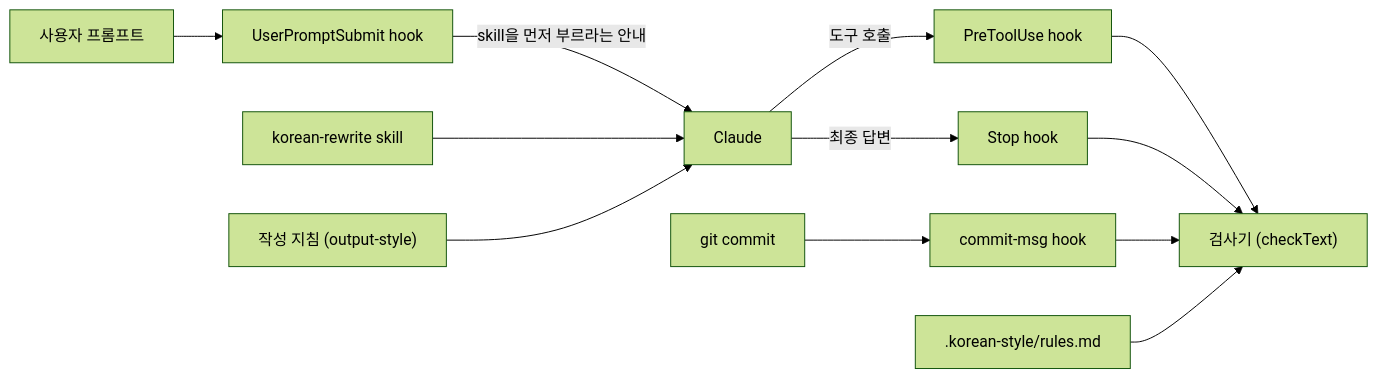
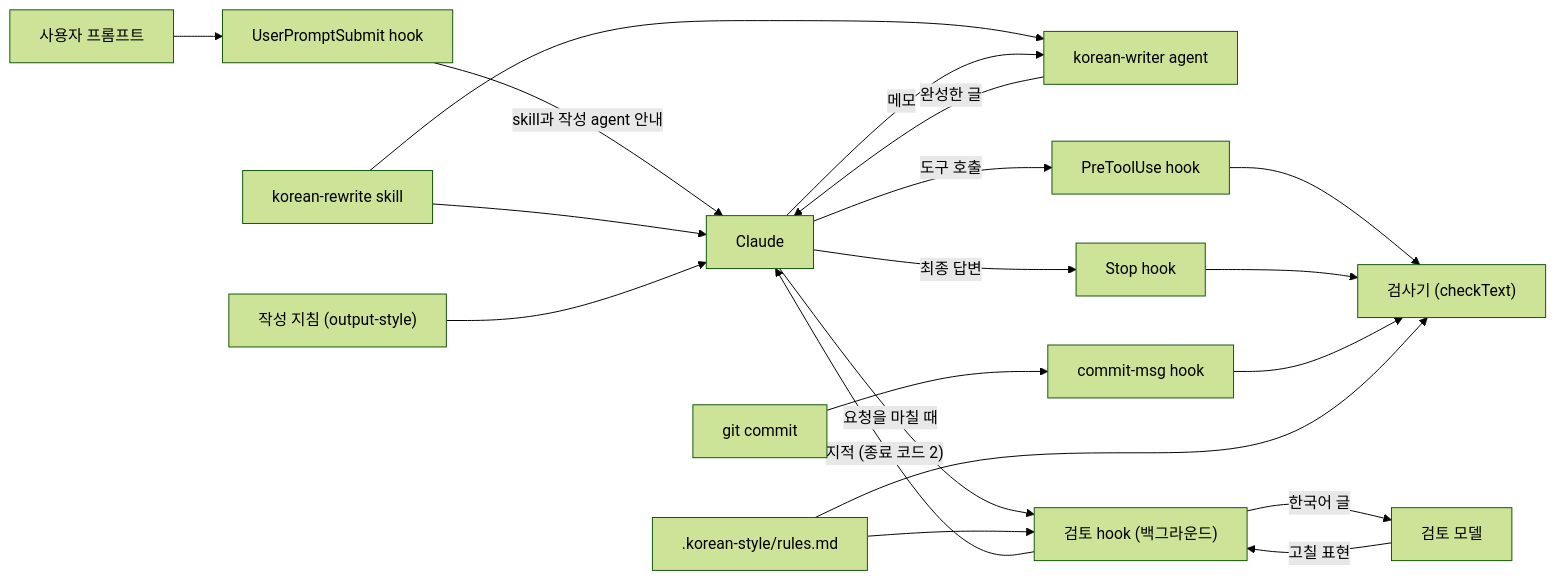
The diagram in docs/how-it-works.md (nerdkim/im-a-korean-ai-in-seoul), drawn with Mermaid (forest theme) before and after one commit. The commit also changed other lines of this file and 27 other files, not shown here.

````diff
--- a/docs/how-it-works.md
+++ b/docs/how-it-works.md
@@ -8,14 +8,22 @@
 ```mermaid
 flowchart LR
   prompt["사용자 프롬프트"] --> ups["UserPromptSubmit hook"]
-  ups -- "skill을 먼저 부르라는 안내" --> claude["Claude"]
+  ups -- "skill과 작성 agent 안내" --> claude["Claude"]
   skill["korean-rewrite skill"] --> claude
   guide["작성 지침 (output-style)"] --> claude
+  skill --> writer["korean-writer agent"]
+  claude -- "메모" --> writer
+  writer -- "완성한 글" --> claude
   claude -- "도구 호출" --> pre["PreToolUse hook"]
   claude -- "최종 답변" --> stop["Stop hook"]
   commit["git commit"] --> msg["commit-msg hook"]
   pre --> engine["검사기 (checkText)"]
   stop --> engine
   msg --> engine
   rules[".korean-style/rules.md"] --> engine
+  claude -- "요청을 마칠 때" --> review["검토 hook (백그라운드)"]
+  rules --> review
+  review -- "한국어 글" --> reviewer["검토 모델"]
+  reviewer -- "고칠 표현" --> review
+  review -- "지적 (종료 코드 2)" --> claude
 ```
````
